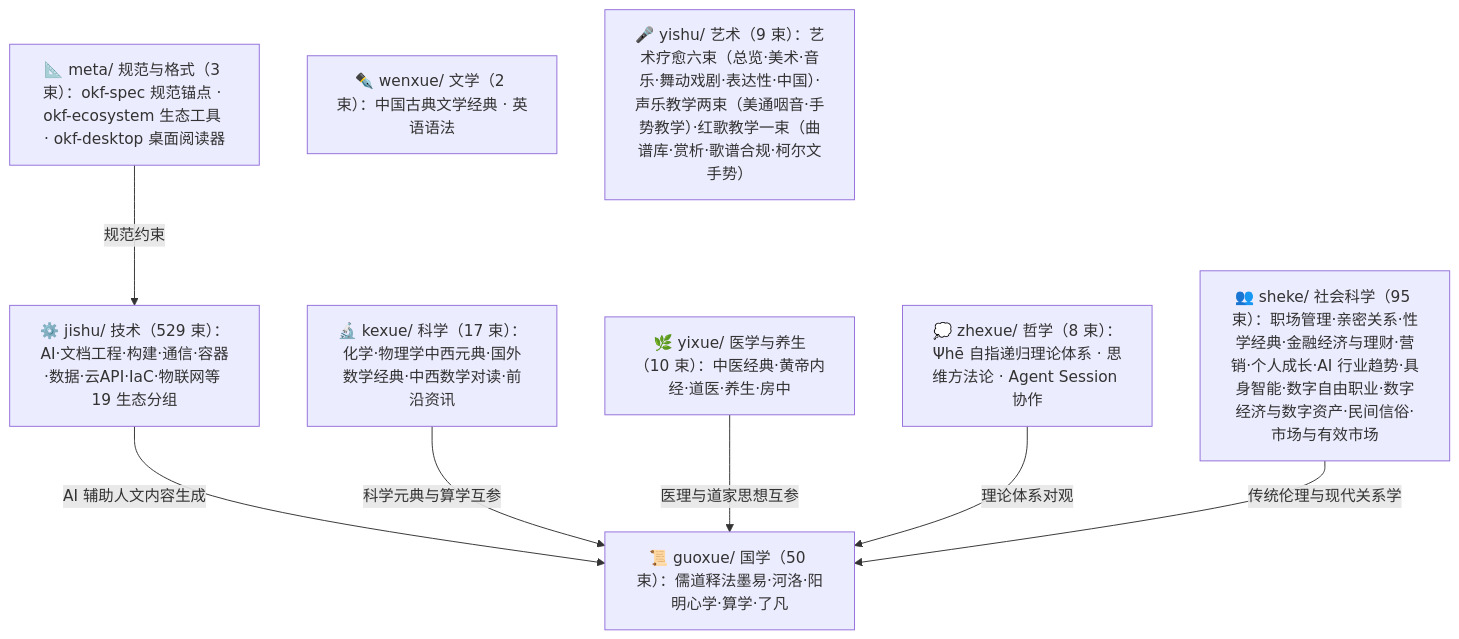
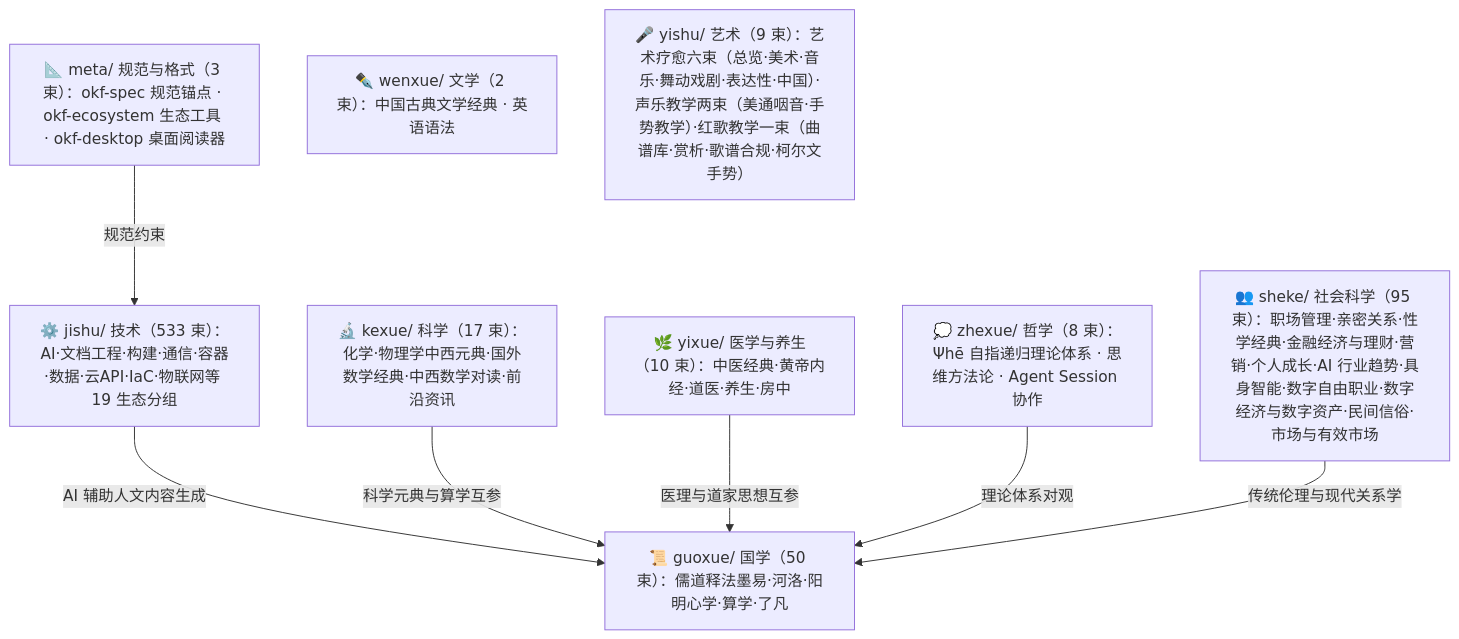
Before and after one commit to awesome-flexloop/awesome-okf: the diagram in doc/bundles/index.md, drawn with Mermaid. The commit also changed other lines of this file and 89 other files, not shown here.

````diff
--- a/doc/bundles/index.md
+++ b/doc/bundles/index.md
@@ -21,18 +21,18 @@
 ```mermaid
 flowchart TD
     meta["📐 meta/ 规范与格式（3 束）：okf-spec 规范锚点 · okf-ecosystem 生态工具 · okf-desktop 桌面阅读器"]
     guoxue["📜 guoxue/ 国学（50 束）：儒道释法墨易·河洛·阳明心学·算学·了凡"]
     zhexue["💭 zhexue/ 哲学（8 束）：Ψhē 自指递归理论体系 · 思维方法论 · Agent Session 协作"]
     kexue["🔬 kexue/ 科学（17 束）：化学·物理学中西元典·国外数学经典·中西数学对读·前沿资讯"]
     wenxue["✒️ wenxue/ 文学（2 束）：中国古典文学经典 · 英语语法"]
     yixue["🌿 yixue/ 医学与养生（10 束）：中医经典·黄帝内经·道医·养生·房中"]
     sheke["👥 sheke/ 社会科学（95 束）：职场管理·亲密关系·性学经典·金融经济与理财·营销·个人成长·AI 行业趋势·具身智能·数字自由职业·数字经济与数字资产·民间信俗·市场与有效市场"]
     yishu["🎤 yishu/ 艺术（9 束）：艺术疗愈六束（总览·美术·音乐·舞动戏剧·表达性·中国）·声乐教学两束（美通咽音·手势教学）·红歌教学一束（曲谱库·赏析·歌谱合规·柯尔文手势）"]
-    jishu["⚙️ jishu/ 技术（529 束）：AI·文档工程·构建·通信·容器·数据·云API·IaC·物联网等 19 生态分组"]
+    jishu["⚙️ jishu/ 技术（533 束）：AI·文档工程·构建·通信·容器·数据·云API·IaC·物联网等 19 生态分组"]
     meta -->|"规范约束"| jishu
     jishu -->|"AI 辅助人文内容生成"| guoxue
     kexue -->|"科学元典与算学互参"| guoxue
     yixue -->|"医理与道家思想互参"| guoxue
     zhexue -->|"理论体系对观"| guoxue
     sheke -->|"传统伦理与现代关系学"| guoxue
 ```
````
